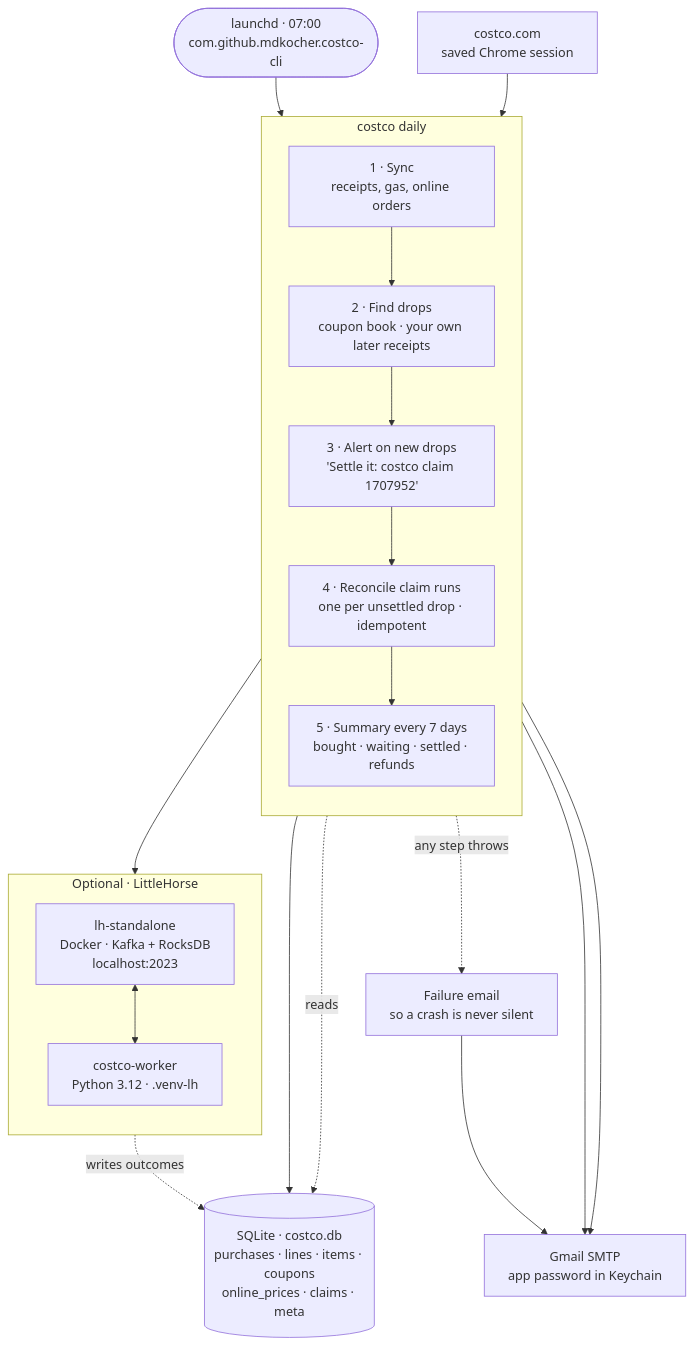
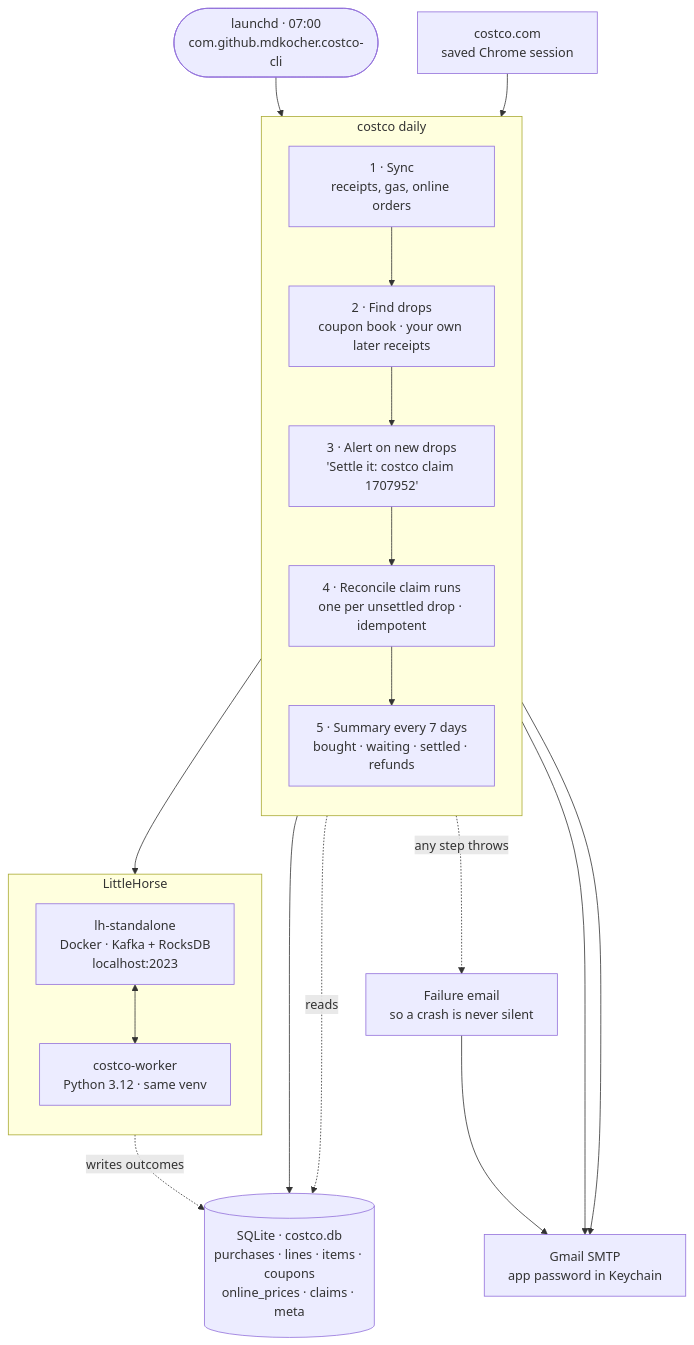
The first of 2 diagrams in docs/ARCHITECTURE.md (mdkocher/costco-cli), drawn with Mermaid before and after one commit. The commit also changed other lines of this file and 7 other files, not shown here.

First line of the commit message:
Make LittleHorse a required component

````diff
--- a/docs/ARCHITECTURE.md
+++ b/docs/ARCHITECTURE.md
@@ -11,36 +12,36 @@
 ```mermaid
 flowchart TB
     cron(["launchd · 07:00<br/>com.github.mdkocher.costco-cli"]) --> sync
 
     subgraph job["costco daily"]
         direction TB
         sync["1 · Sync<br/>receipts, gas, online orders"]
         drops["2 · Find drops<br/>coupon book · your own later receipts"]
         alert["3 · Alert on new drops<br/>'Settle it: costco claim 1707952'"]
         recon["4 · Reconcile claim runs<br/>one per unsettled drop · idempotent"]
         summary["5 · Summary every 7 days<br/>bought · waiting · settled · refunds"]
         sync --> drops --> alert --> recon --> summary
     end
 
     costco["costco.com<br/>saved Chrome session"]
     gmail["Gmail SMTP<br/>app password in Keychain"]
     db[("SQLite · costco.db<br/>purchases · lines · items · coupons<br/>online_prices · claims · meta")]
     fail["Failure email<br/>so a crash is never silent"]
 
-    subgraph lh["Optional · LittleHorse"]
+    subgraph lh["LittleHorse"]
         direction TB
         server["lh-standalone<br/>Docker · Kafka + RocksDB<br/>localhost:2023"]
-        worker["costco-worker<br/>Python 3.12 · .venv-lh"]
+        worker["costco-worker<br/>Python 3.12 · same venv"]
         server <--> worker
     end
 
     costco --> sync
     sync --> db
     drops -. reads .-> db
     alert --> gmail
     summary --> gmail
     recon --> server
     worker -. writes outcomes .-> db
     summary -. any step throws .-> fail
     fail --> gmail
 ```
````
